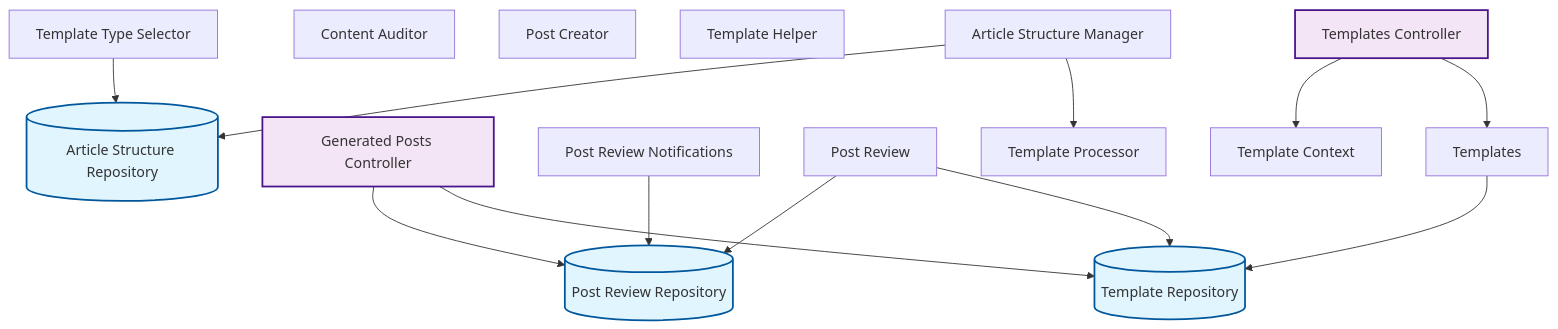
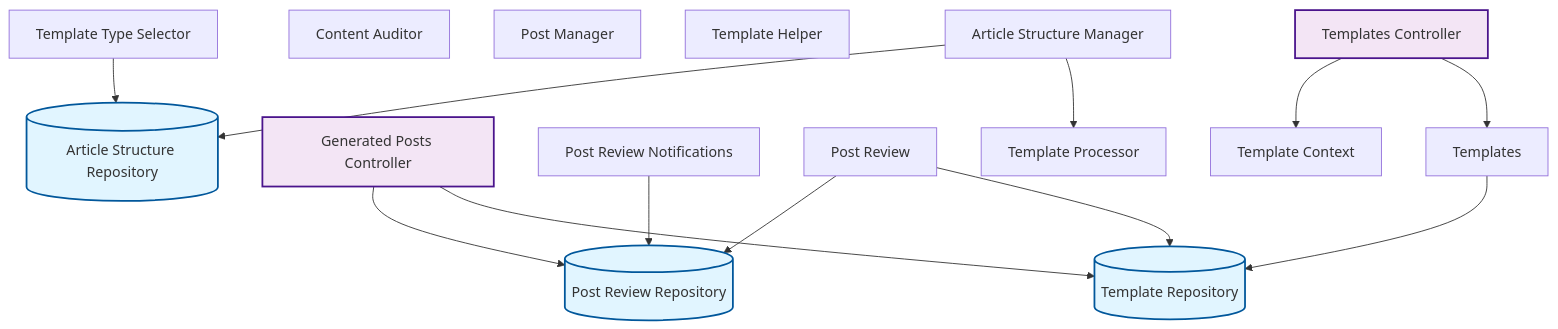
The fourth of 10 diagrams in docs/feature-report.md (rpnunez/wp-ai-scheduler), drawn with Mermaid before and after one commit. The commit also changed other lines of this file and 10 other files, not shown here.

Commit message:
Renamed AIPS_Post_Creator to AIPS_Post_Manager since it does much more than just creating posts now

````diff
--- a/docs/feature-report.md
+++ b/docs/feature-report.md
@@ -183,38 +183,38 @@
 ```mermaid
 flowchart TD
     %% Content Management Architecture
 
     Article_Structure_Manager["Article Structure Manager"]
     Article_Structure_Repository[("Article Structure Repository")]
     Content_Auditor["Content Auditor"]
     Generated_Posts_Controller["Generated Posts Controller"]
-    Post_Creator["Post Creator"]
+    Post_Manager["Post Manager"]
     Post_Review_Notifications["Post Review Notifications"]
     Post_Review_Repository[("Post Review Repository")]
     Post_Review["Post Review"]
     Template_Context["Template Context"]
     Template_Helper["Template Helper"]
     Template_Processor["Template Processor"]
     Template_Repository[("Template Repository")]
     Template_Type_Selector["Template Type Selector"]
     Templates_Controller["Templates Controller"]
     Templates["Templates"]
 
     Article_Structure_Manager --> Article_Structure_Repository
     Article_Structure_Manager --> Template_Processor
     Generated_Posts_Controller --> Post_Review_Repository
     Generated_Posts_Controller --> Template_Repository
     Post_Review_Notifications --> Post_Review_Repository
     Post_Review --> Post_Review_Repository
     Post_Review --> Template_Repository
     Template_Type_Selector --> Article_Structure_Repository
     Templates_Controller --> Template_Context
     Templates_Controller --> Templates
     Templates --> Template_Repository
 
     classDef repository fill:#e1f5ff,stroke:#01579b,stroke-width:2px
     classDef service fill:#fff3e0,stroke:#e65100,stroke-width:2px
     classDef controller fill:#f3e5f5,stroke:#4a148c,stroke-width:2px
     class Article_Structure_Repository,Post_Review_Repository,Template_Repository repository
     class Generated_Posts_Controller,Templates_Controller controller
 ```
````
